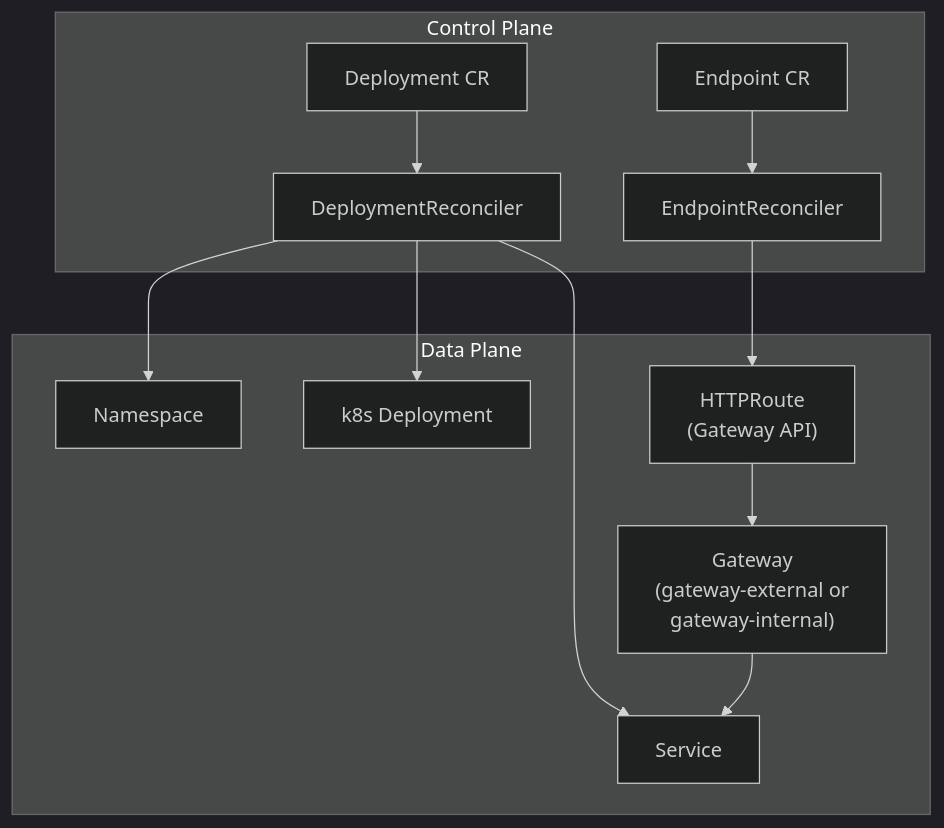
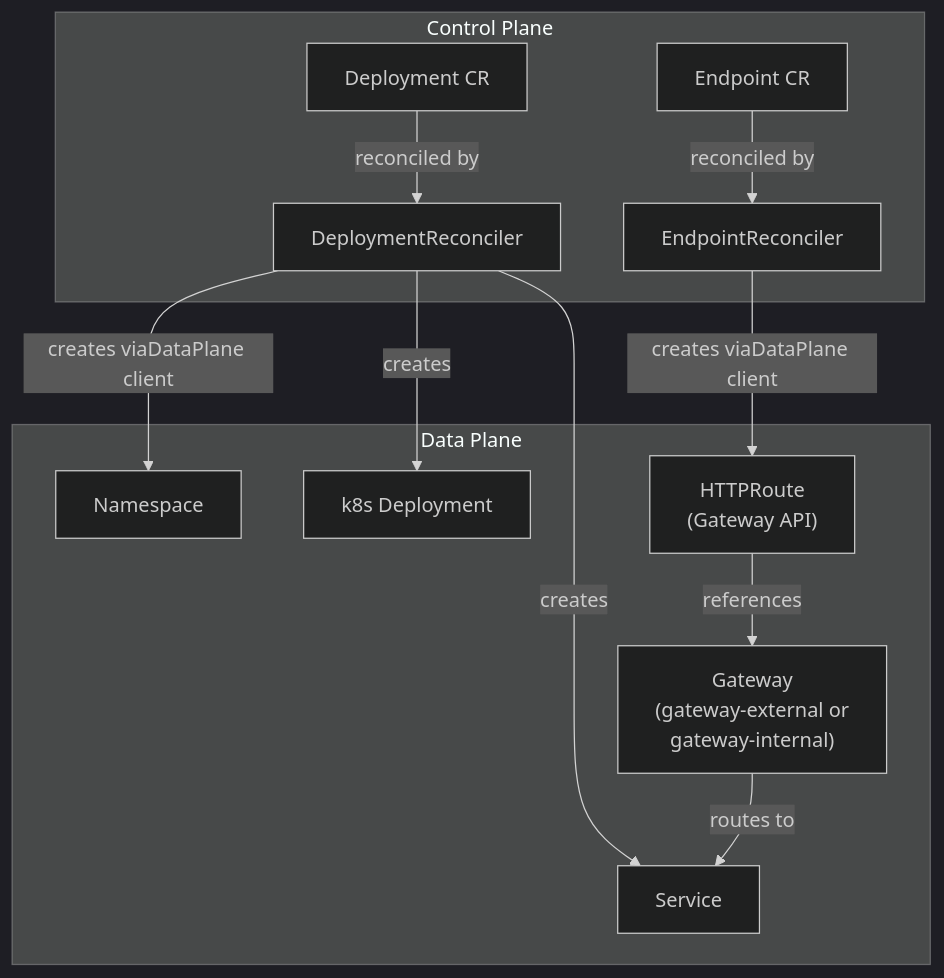
One commit to openchoreo/openchoreo changed the sixth of 6 diagrams in docs/deepwiki/Multi-Cluster-Architecture.md. Above: the diagram before and after it, drawn with Mermaid (dark theme). The commit also changed other lines of this file and 85 other files, not shown here.

Commit message:
feat: Add new workflow and specification templates, update Helm chart dependencies, and clarify documentation diagrams.

````diff
--- a/docs/deepwiki/Multi-Cluster-Architecture.md
+++ b/docs/deepwiki/Multi-Cluster-Architecture.md
@@ -441,37 +441,37 @@
 ```mermaid
 flowchart TD
 
 DeployCtrl["DeploymentReconciler"]
 EPCtrl["EndpointReconciler"]
 DeployCR["Deployment CR"]
 EndpointCR["Endpoint CR"]
 NS["Namespace"]
 Deploy["k8s Deployment"]
 Svc["Service"]
 HTTPRoute["HTTPRoute<br>(Gateway API)"]
 GW["Gateway<br>(gateway-external or<br>gateway-internal)"]
 
-DeployCtrl --> NS
-DeployCtrl --> Deploy
-DeployCtrl --> Svc
-EPCtrl --> HTTPRoute
+DeployCtrl -->|"creates viaDataPlane client"| NS
+DeployCtrl -->|"creates"| Deploy
+DeployCtrl -->|"creates"| Svc
+EPCtrl -->|"creates viaDataPlane client"| HTTPRoute
 
 subgraph DP ["Data Plane"]
     NS
     Deploy
     Svc
     HTTPRoute
     GW
-    HTTPRoute --> GW
-    GW --> Svc
+    HTTPRoute -->|"references"| GW
+    GW -->|"routes to"| Svc
 end
 
 subgraph CP ["Control Plane"]
     DeployCtrl
     EPCtrl
     DeployCR
     EndpointCR
-    DeployCR --> DeployCtrl
-    EndpointCR --> EPCtrl
+    DeployCR -->|"reconciled by"| DeployCtrl
+    EndpointCR -->|"reconciled by"| EPCtrl
 end
 ```
````
